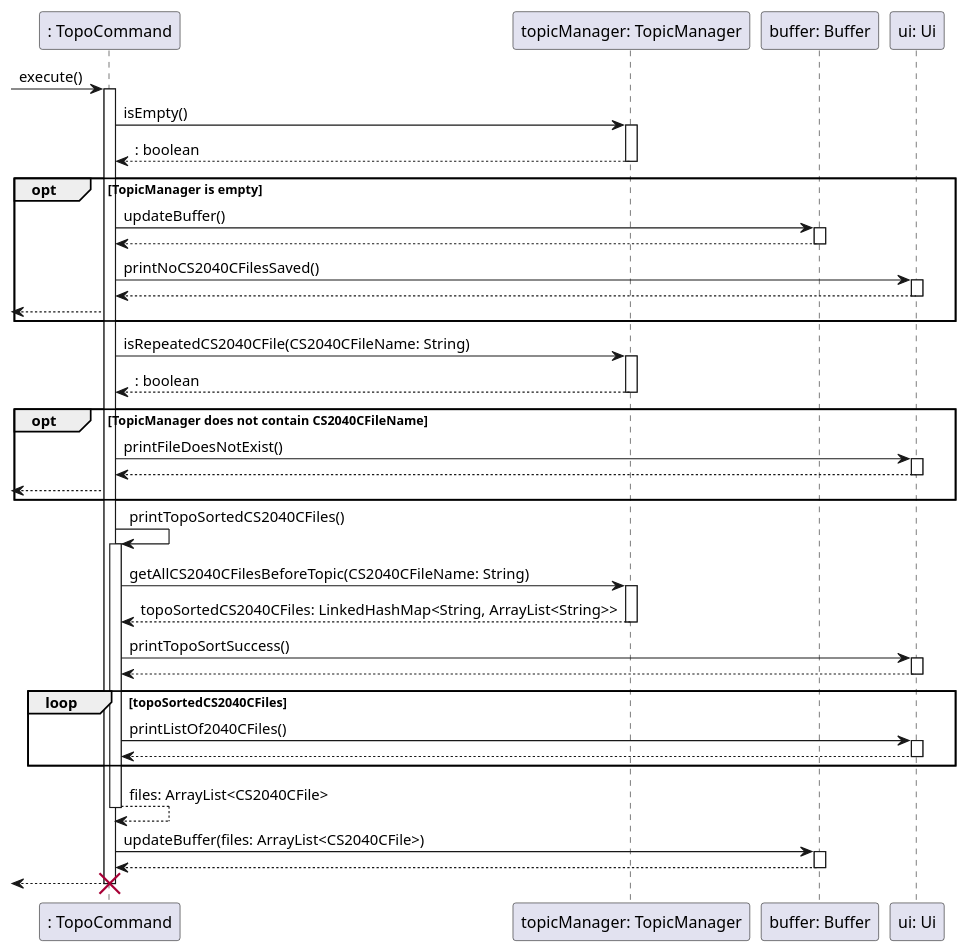
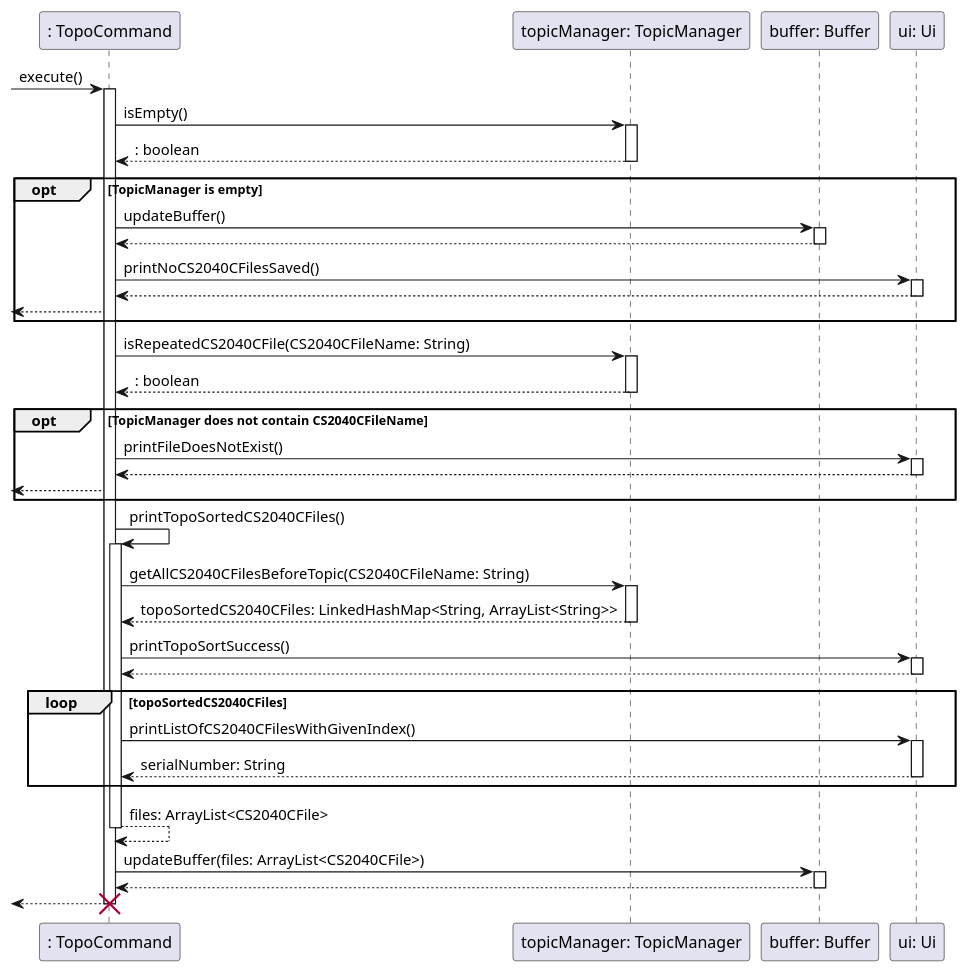
Before and after one commit to ong-ck/tp: the diagram in docs/sequence-diagrams/source-files/TopoSort.puml, drawn with PlantUML. The commit also changed 1 other file, not shown here.

Commit message:
Update sequence diagram of TopoSort

```diff
--- a/docs/sequence-diagrams/source-files/TopoSort.puml
+++ b/docs/sequence-diagrams/source-files/TopoSort.puml
@@ -1,59 +1,59 @@
 @startuml
 'https://plantuml.com/sequence-diagram
 
 participant ": TopoCommand" as TopoCommand
 participant "topicManager: TopicManager" as TopicManager
 participant "buffer: Buffer" as Buffer
 participant "ui: Ui" as Ui
 
 -> TopoCommand : execute()
 activate TopoCommand
     TopoCommand -> TopicManager: isEmpty()
     activate TopicManager
     return : boolean
 
     opt TopicManager is empty
         TopoCommand -> Buffer: updateBuffer()
         activate Buffer
         return
 
         TopoCommand -> Ui: printNoCS2040CFilesSaved()
         activate Ui
         return
         <-- TopoCommand
     end
 
     TopoCommand -> TopicManager: isRepeatedCS2040CFile(CS2040CFileName: String)
     activate TopicManager
     return : boolean
 
     opt TopicManager does not contain CS2040CFileName
         TopoCommand -> Ui: printFileDoesNotExist()
         activate Ui
         return
         <-- TopoCommand
     end
 
     TopoCommand -> TopoCommand: printTopoSortedCS2040CFiles()
     activate TopoCommand
         TopoCommand -> TopicManager: getAllCS2040CFilesBeforeTopic(CS2040CFileName: String)
         activate TopicManager
         return topoSortedCS2040CFiles: LinkedHashMap<String, ArrayList<String>>
 
         TopoCommand -> Ui: printTopoSortSuccess()
         activate Ui
         return
 
         loop topoSortedCS2040CFiles
-            TopoCommand -> Ui: printListOf2040CFiles()
+            TopoCommand -> Ui: printListOfCS2040CFilesWithGivenIndex()
             activate Ui
-            return
+            return serialNumber: String
         end
     return files: ArrayList<CS2040CFile>
 
     TopoCommand -> Buffer: updateBuffer(files: ArrayList<CS2040CFile>)
     activate Buffer
     return
 return
 destroy TopoCommand
 @enduml
```
